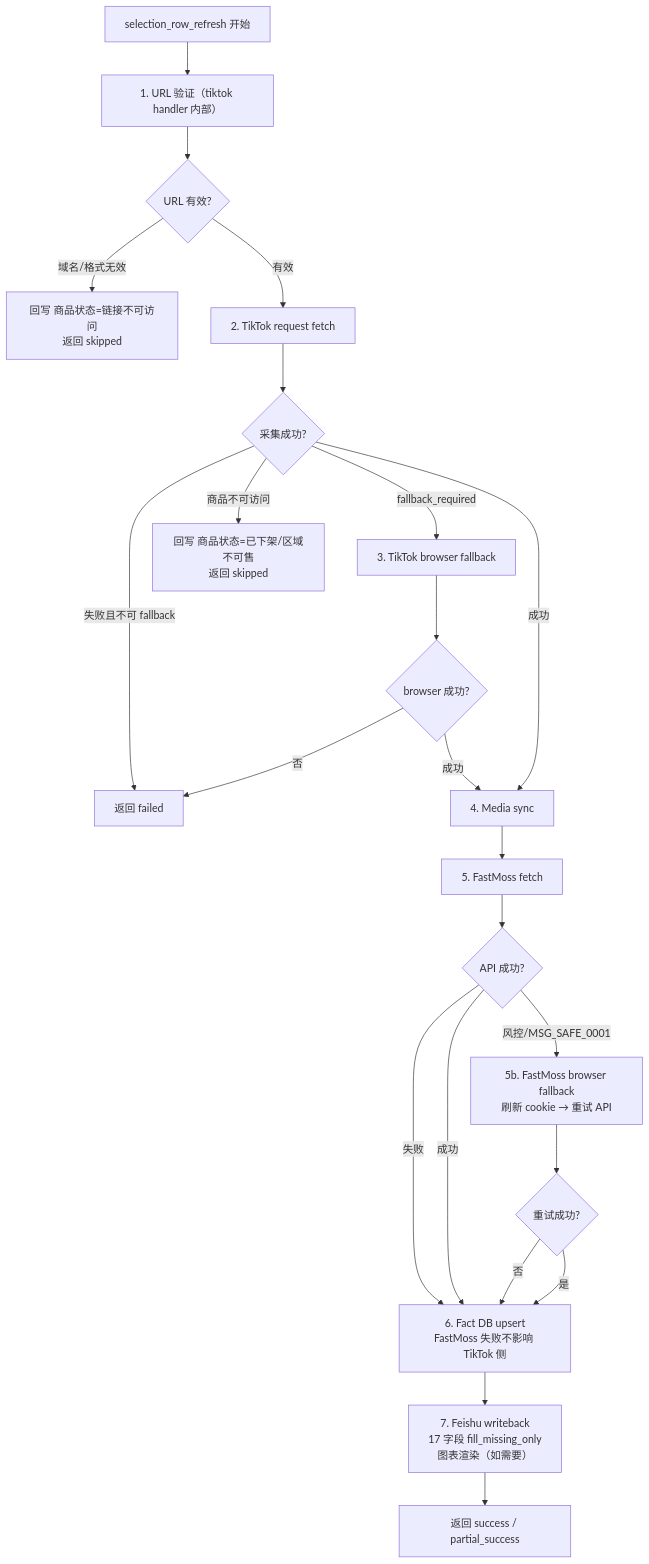
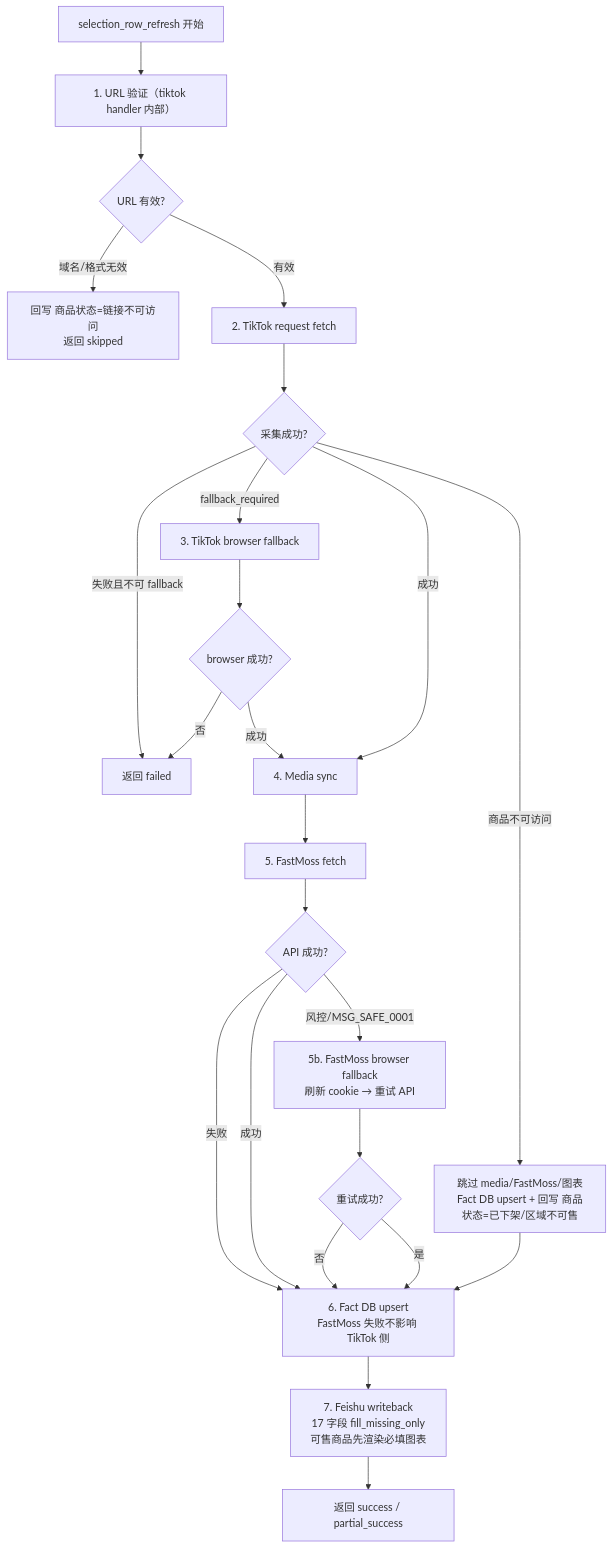
The second of 4 diagrams in docs/arch/workflow-selection-table-expand-design.md (knighterrantsky/mujitask), drawn with Mermaid before and after one commit. The commit also changed 7 other files, not shown here.

````diff
--- a/docs/arch/workflow-selection-table-expand-design.md
+++ b/docs/arch/workflow-selection-table-expand-design.md
@@ -59,25 +59,26 @@
 ```mermaid
 flowchart TD
     A["selection_row_refresh 开始"] --> B["1. URL 验证（tiktok handler 内部）"]
     B --> B1{"URL 有效?"}
     B1 -->|域名/格式无效| B2["回写 商品状态=链接不可访问<br/>返回 skipped"]
     B1 -->|有效| C["2. TikTok request fetch"]
     C --> C1{"采集成功?"}
     C1 -->|fallback_required| D["3. TikTok browser fallback"]
     D --> D1{"browser 成功?"}
     D1 -->|否| D2["返回 failed"]
     C1 -->|失败且不可 fallback| D2
     C1 -->|成功| E["4. Media sync"]
     D1 -->|成功| E
-    C1 -->|商品不可访问| C2["回写 商品状态=已下架/区域不可售<br/>返回 skipped"]
+    C1 -->|商品不可访问| C2["跳过 media/FastMoss/图表<br/>Fact DB upsert + 回写 商品状态=已下架/区域不可售"]
+    C2 --> G
     E --> F["5. FastMoss fetch"]
     F --> F1{"API 成功?"}
     F1 -->|风控/MSG_SAFE_0001| F2["5b. FastMoss browser fallback<br/>刷新 cookie → 重试 API"]
     F2 --> F3{"重试成功?"}
     F3 -->|是| G
     F3 -->|否| G["6. Fact DB upsert<br/>FastMoss 失败不影响 TikTok 侧"]
     F1 -->|成功| G
     F1 -->|失败| G
-    G --> H["7. Feishu writeback<br/>17 字段 fill_missing_only<br/>图表渲染（如需要）"]
+    G --> H["7. Feishu writeback<br/>17 字段 fill_missing_only<br/>可售商品先渲染必填图表"]
     H --> I["返回 success / partial_success"]
 ```
````
